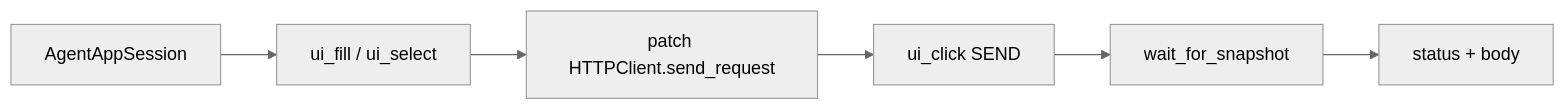
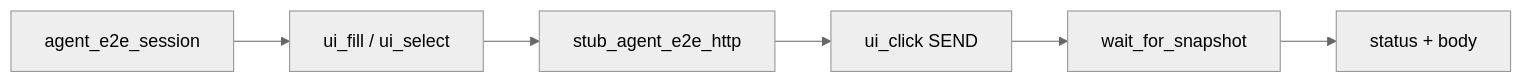
Before and after one commit to koctep/pypost: the diagram in doc/dev/agent_golden_e2e.md, drawn with Mermaid (neutral theme). The commit also changed other lines of this file and 19 other files, not shown here.

First line of the commit message:
feat(agent): PYPOST-859 add deterministic HTTP fixture layer

````diff
--- a/doc/dev/agent_golden_e2e.md
+++ b/doc/dev/agent_golden_e2e.md
@@ -32,8 +33,8 @@
 ```mermaid
 flowchart LR
-  Session[AgentAppSession] --> Fill[ui_fill / ui_select]
-  Fill --> Mock[patch HTTPClient.send_request]
+  Session[agent_e2e_session] --> Fill[ui_fill / ui_select]
+  Fill --> Mock[stub_agent_e2e_http]
   Mock --> Send[ui_click SEND]
   Send --> Wait[wait_for_snapshot]
   Wait --> Assert[status + body]
 ```
````
